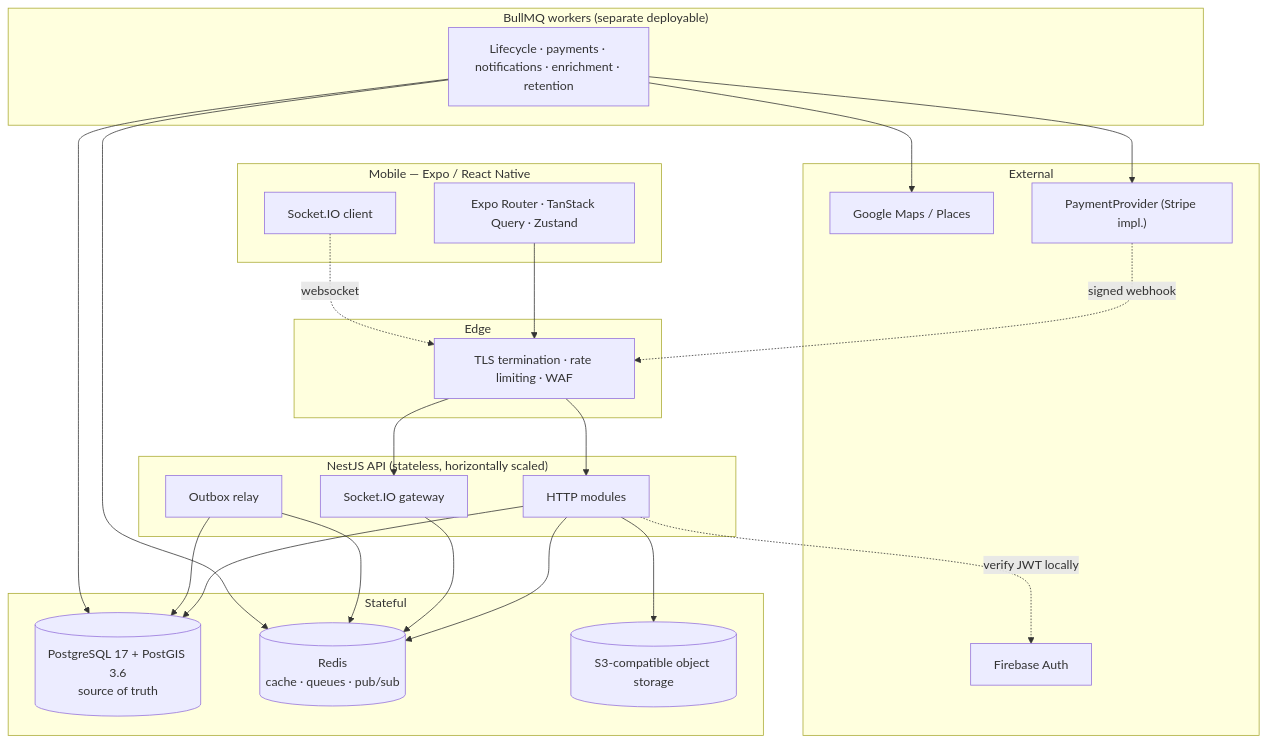
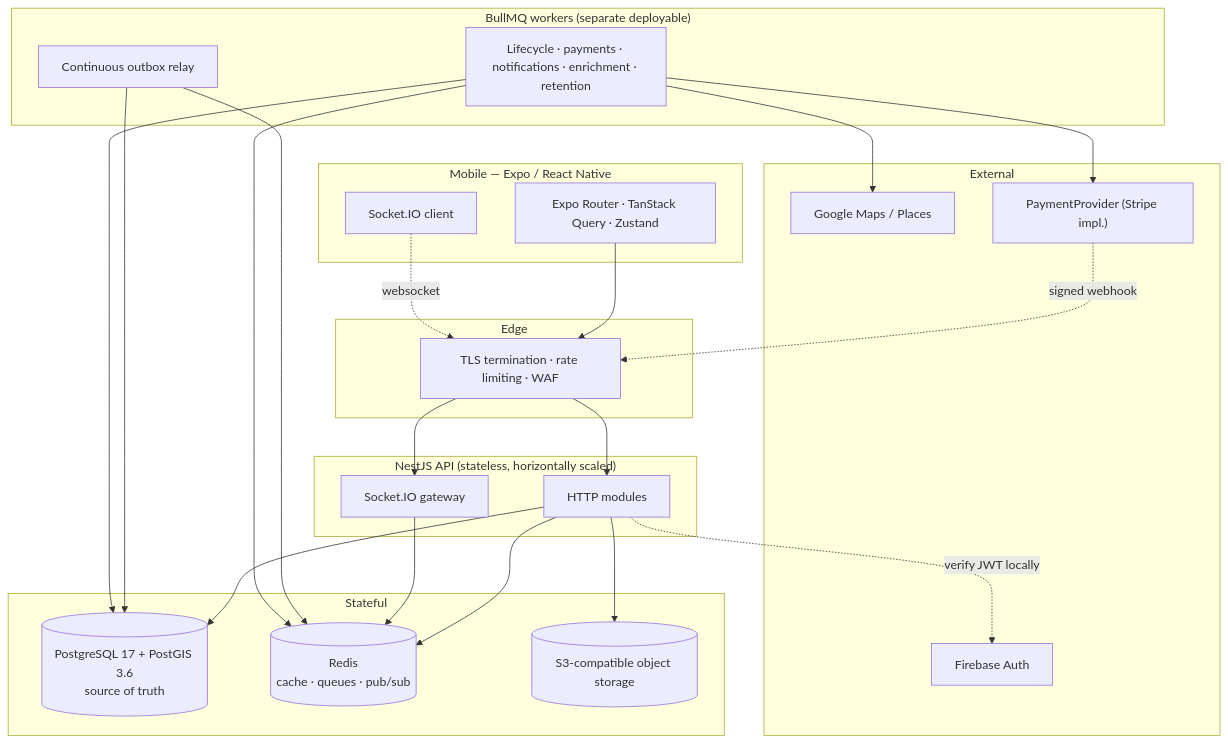
Before and after one commit to Alen60843/Travel-App: the first of 4 diagrams in docs/superpowers/specs/2026-08-20-tripwith-phase-1-design.md, drawn with Mermaid. The commit also changed other lines of this file and 22 other files, not shown here.

````diff
--- a/docs/superpowers/specs/2026-08-20-tripwith-phase-1-design.md
+++ b/docs/superpowers/specs/2026-08-20-tripwith-phase-1-design.md
@@ -31,43 +31,43 @@
 ```mermaid
 flowchart TB
     subgraph client["Mobile — Expo / React Native"]
         UI["Expo Router · TanStack Query · Zustand"]
         WS["Socket.IO client"]
     end
     subgraph edge["Edge"]
         LB["TLS termination · rate limiting · WAF"]
     end
     subgraph api["NestJS API (stateless, horizontally scaled)"]
         HTTP["HTTP modules"]
         GW["Socket.IO gateway"]
-        Rel["Outbox relay"]
     end
     subgraph workers["BullMQ workers (separate deployable)"]
+        Rel["Continuous outbox relay"]
         W["Lifecycle · payments · notifications · enrichment · retention"]
     end
     subgraph data["Stateful"]
         PG[("PostgreSQL 17 + PostGIS 3.6\nsource of truth")]
         RD[("Redis\ncache · queues · pub/sub")]
         S3[("S3-compatible object storage")]
     end
     subgraph ext["External"]
         FB["Firebase Auth"]
         GM["Google Maps / Places"]
         PP["PaymentProvider (Stripe impl.)"]
     end
 
     UI --> LB --> HTTP
     WS -.websocket.-> LB --> GW
     HTTP --> PG
     HTTP --> RD
     GW --> RD
     Rel --> PG
     Rel --> RD
     W --> PG
     W --> RD
     W --> GM
     W --> PP
     HTTP --> S3
     HTTP -.verify JWT locally.-> FB
     PP -.signed webhook.-> LB
 ```
````
